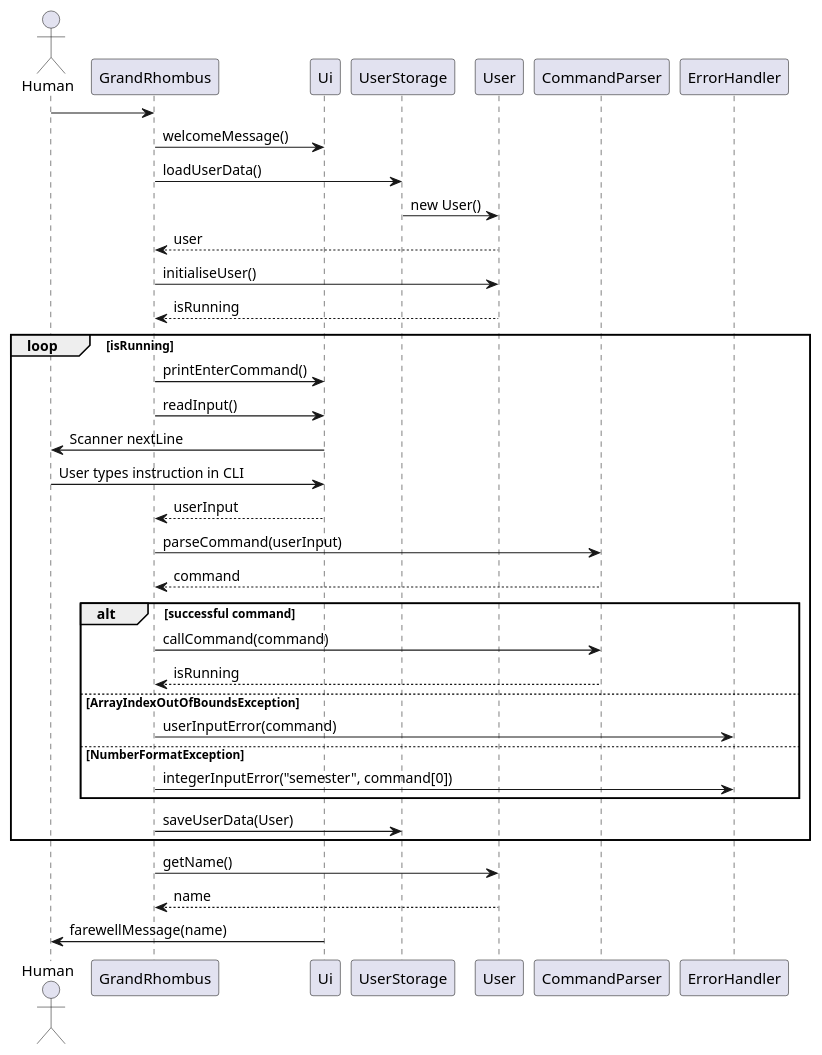
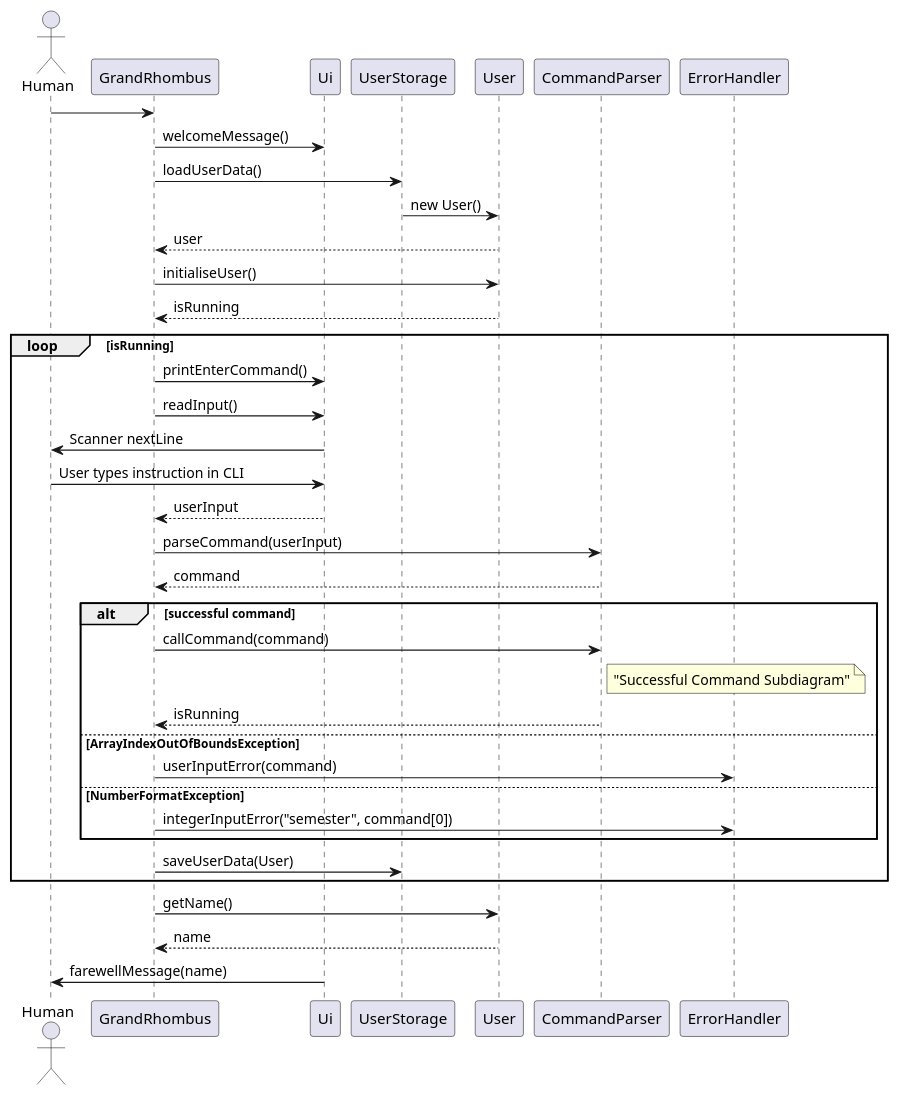
One commit to itsjoelha/tp changed the diagram in docs/diagrams/SequenceDiagram.puml. Above: the diagram before and after it, drawn with PlantUML. The commit also changed 4 other files, not shown here.

Commit message:
Update Sequence Diagram

```diff
--- a/docs/diagrams/SequenceDiagram.puml
+++ b/docs/diagrams/SequenceDiagram.puml
@@ -1,46 +1,48 @@
 @startuml
 actor Human
 
 participant GrandRhombus
 participant Ui
 participant UserStorage
 participant User
 participant CommandParser
 participant ErrorHandler
 
 Human -> GrandRhombus
 GrandRhombus -> Ui : welcomeMessage()
 GrandRhombus -> UserStorage : loadUserData()
 UserStorage -> User : new User()
 User --> GrandRhombus: user
 
 GrandRhombus -> User : initialiseUser()
 User --> GrandRhombus : isRunning
 
 loop isRunning
     GrandRhombus -> Ui : printEnterCommand()
     GrandRhombus -> Ui : readInput()
     Ui -> Human : Scanner nextLine
     Human -> Ui: User types instruction in CLI
     Ui --> GrandRhombus : userInput
     GrandRhombus -> CommandParser : parseCommand(userInput)
     CommandParser --> GrandRhombus : command
 
     alt successful command
         GrandRhombus -> CommandParser : callCommand(command)
+        note right of CommandParser : "Successful Command Subdiagram"
+
         CommandParser --> GrandRhombus : isRunning
     else ArrayIndexOutOfBoundsException
         GrandRhombus -> ErrorHandler : userInputError(command)
     else NumberFormatException
         GrandRhombus -> ErrorHandler : integerInputError("semester", command[0])
     end
 
     GrandRhombus -> UserStorage : saveUserData(User)
 
 end
 
 GrandRhombus -> User: getName()
 User --> GrandRhombus: name
 Ui -> Human : farewellMessage(name)
 
 @enduml
```
